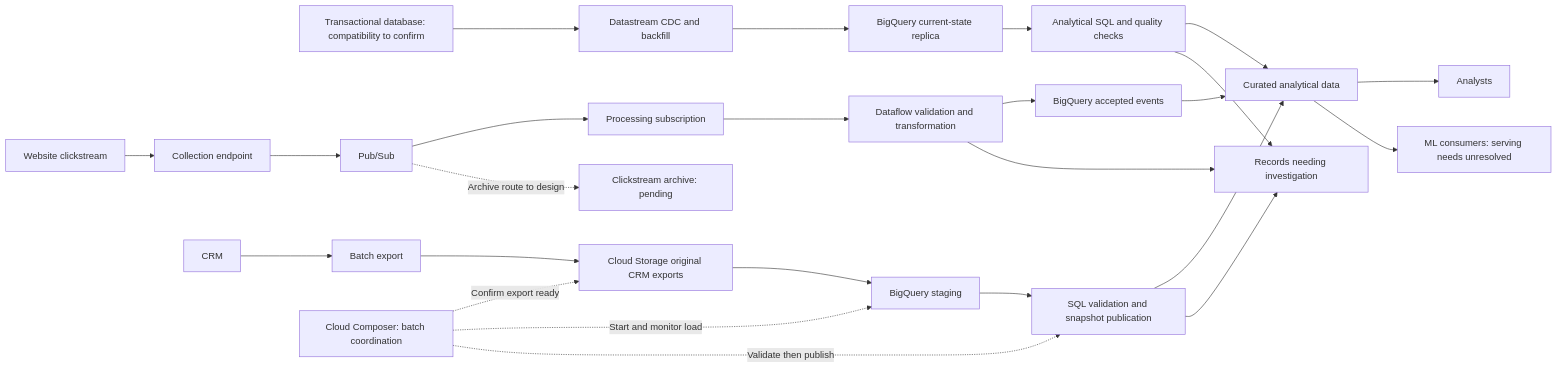
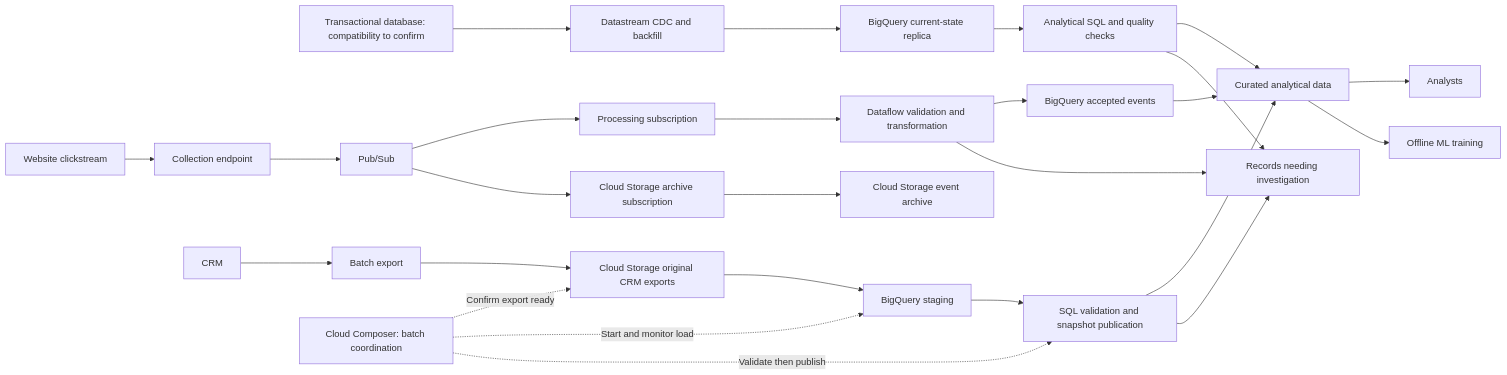
Before and after one commit to JamieLCampbell/SeniorEngineerJobApplication: the diagram in docs/architecture.md, drawn with Mermaid. The commit also changed other lines of this file and 1 other file, not shown here.

First line of the commit message:
Add operating controls to the architecture

````diff
--- a/docs/architecture.md
+++ b/docs/architecture.md
@@ -11,27 +11,28 @@
 ```mermaid
 flowchart LR
     T[Transactional database: compatibility to confirm] --> D[Datastream CDC and backfill]
     D --> W[BigQuery current-state replica]
     W --> S[Analytical SQL and quality checks]
     S --> Q[Curated analytical data]
     C[Website clickstream] --> H[Collection endpoint]
     H --> E[Pub/Sub]
     E --> U[Processing subscription]
     U --> P[Dataflow validation and transformation]
-    E -. Archive route to design .-> R[Clickstream archive: pending]
+    E --> Z[Cloud Storage archive subscription]
+    Z --> R[Cloud Storage event archive]
     M[CRM] --> B[Batch export]
     B --> G[Cloud Storage original CRM exports]
     G --> J[BigQuery staging]
     J --> X[SQL validation and snapshot publication]
     O[Cloud Composer: batch coordination] -. Confirm export ready .-> G
     O -. Start and monitor load .-> J
     O -. Validate then publish .-> X
     P --> V[BigQuery accepted events]
     V --> Q
     X --> Q
     P --> I[Records needing investigation]
     X --> I
     S --> I
     Q --> A[Analysts]
-    Q --> L[ML consumers: serving needs unresolved]
+    Q --> L[Offline ML training]
 ```
````
